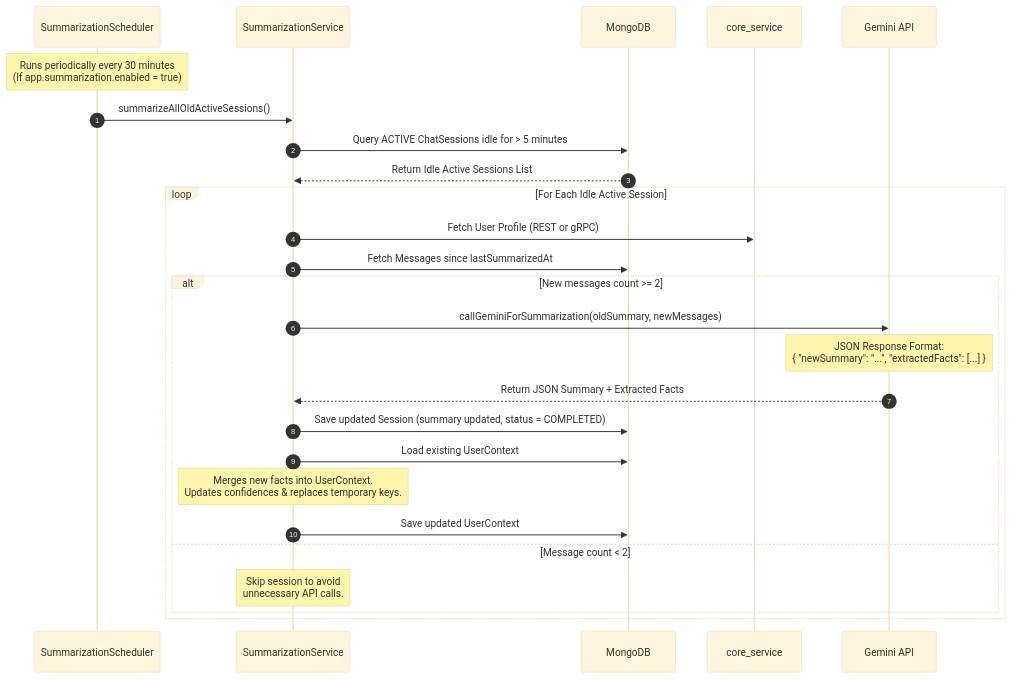
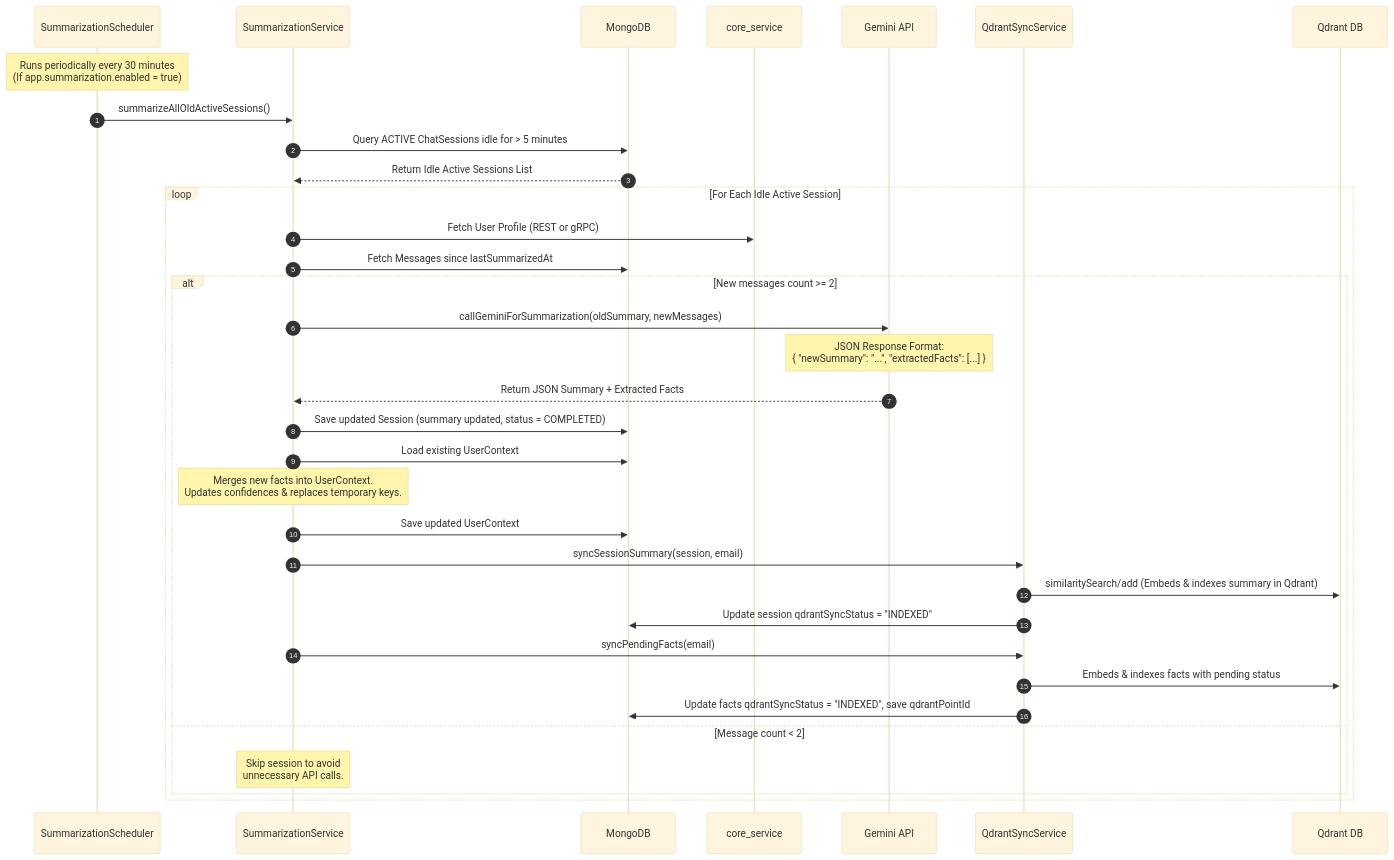
Before and after one commit to pnv-familier/backend: the third of 3 diagrams in docs/ai_chat_architecture.md, drawn with Mermaid (base theme). The commit also changed other lines of this file and 20 other files, not shown here.

Commit message:
refactor(00): update user chat flow to new rag architecture

````diff
--- a/docs/ai_chat_architecture.md
+++ b/docs/ai_chat_architecture.md
@@ -172,33 +187,43 @@
 ```mermaid
 sequenceDiagram
     autonumber
     participant Sched as SummarizationScheduler
     participant Service as SummarizationService
     participant DB as MongoDB
     participant Core as core_service
     participant Gem as Gemini API
+    participant Sync as QdrantSyncService
+    participant Qdrant as Qdrant DB
 
     Note over Sched: Runs periodically every 30 minutes<br/>(If app.summarization.enabled = true)
     Sched->>Service: summarizeAllOldActiveSessions()
     
     Service->>DB: Query ACTIVE ChatSessions idle for > 5 minutes
     DB-->>Service: Return Idle Active Sessions List
     
     loop For Each Idle Active Session
         Service->>Core: Fetch User Profile (REST or gRPC)
         Service->>DB: Fetch Messages since lastSummarizedAt
         
         alt New messages count >= 2
             Service->>Gem: callGeminiForSummarization(oldSummary, newMessages)
             Note over Gem: JSON Response Format:<br/>{ "newSummary": "...", "extractedFacts": [...] }
             Gem-->>Service: Return JSON Summary + Extracted Facts
             
             Service->>DB: Save updated Session (summary updated, status = COMPLETED)
             Service->>DB: Load existing UserContext
             Note over Service: Merges new facts into UserContext.<br/>Updates confidences & replaces temporary keys.
             Service->>DB: Save updated UserContext
+            
+            Service->>Sync: syncSessionSummary(session, email)
+            Sync->>Qdrant: similaritySearch/add (Embeds & indexes summary in Qdrant)
+            Sync->>DB: Update session qdrantSyncStatus = "INDEXED"
+            
+            Service->>Sync: syncPendingFacts(email)
+            Sync->>Qdrant: Embeds & indexes facts with pending status
+            Sync->>DB: Update facts qdrantSyncStatus = "INDEXED", save qdrantPointId
         else Message count < 2
             Note over Service: Skip session to avoid<br/>unnecessary API calls.
         end
     end
 ```
````
